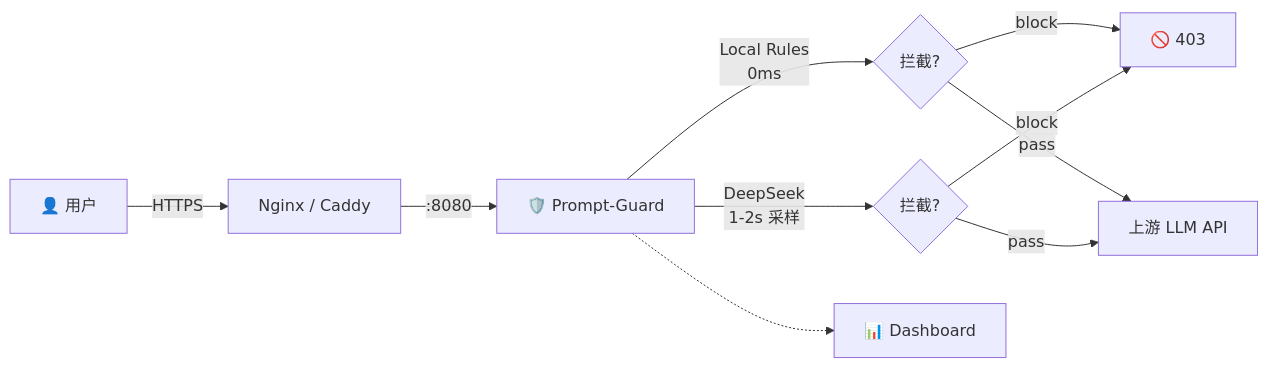
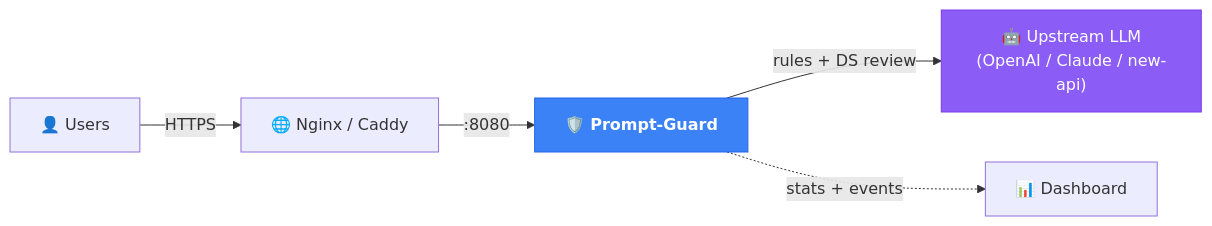
The second of 2 diagrams in README.md (1EchA/prompt-guard), drawn with Mermaid before and after one commit. The commit also changed other lines of this file, not shown here.

First line of the commit message:
docs: premium README with colored mermaid, collapsible sections, comparison table

````diff
--- a/README.md
+++ b/README.md
@@ -134,12 +114,12 @@
 ```mermaid
 graph LR
-    U[👤 用户] -->|HTTPS| N[Nginx / Caddy]
-    N -->|:8080| PG[🛡️ Prompt-Guard]
-    PG -->|Local Rules<br/>0ms| B1{拦截?}
-    PG -->|DeepSeek<br/>1-2s 采样| B2{拦截?}
-    B1 -->|block| R[🚫 403]
-    B2 -->|block| R
-    B1 -->|pass| UP[上游 LLM API]
-    B2 -->|pass| UP
-    PG -.-> D[📊 Dashboard]
+    U["👤 Users"] -->|HTTPS| N["🌐 Nginx / Caddy"]
+    N -->|:8080| PG["🛡️ Prompt-Guard"]
+    PG -->|"rules + DS review"| UP["🤖 Upstream LLM<br/>(OpenAI / Claude / new-api)"]
+    PG -.->|"stats + events"| DASH["📊 Dashboard"]
+
+    classDef guard fill:#3b82f6,stroke:#2563eb,color:#fff,font-weight:bold
+    classDef upstream fill:#8b5cf6,stroke:#7c3aed,color:#fff
+    class PG guard
+    class UP upstream
 ```
````
